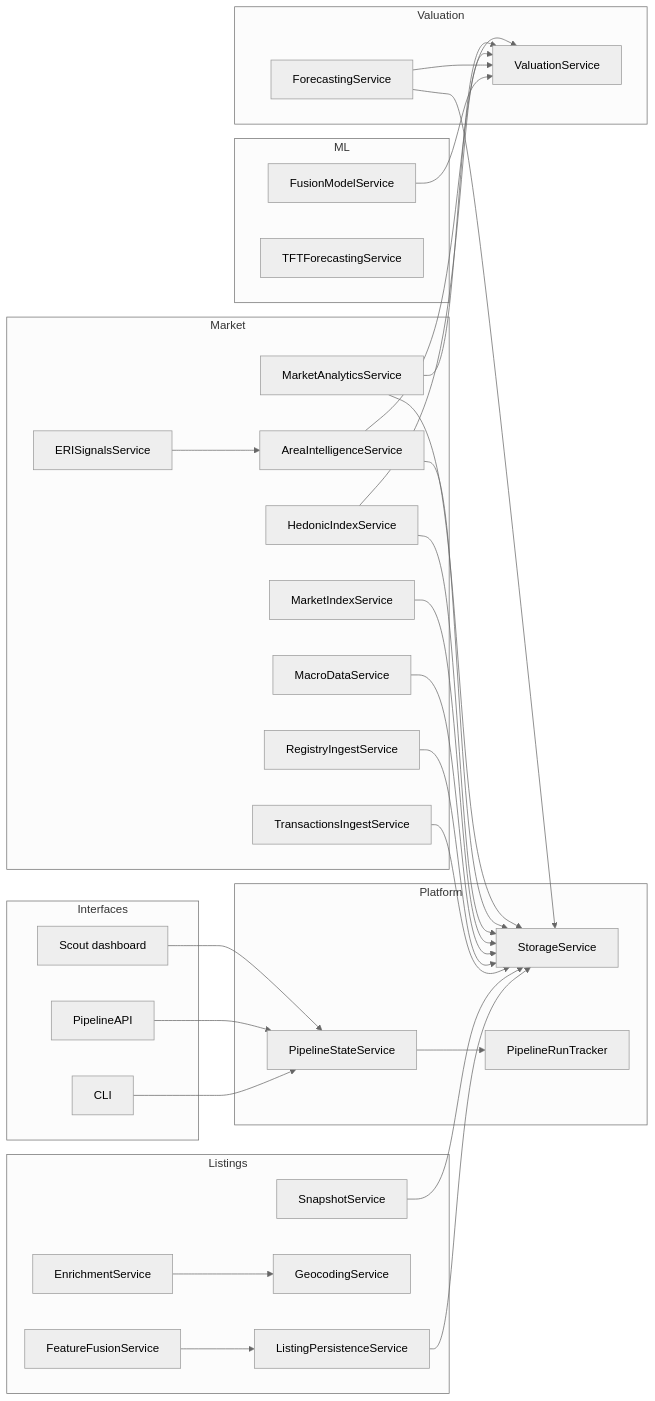
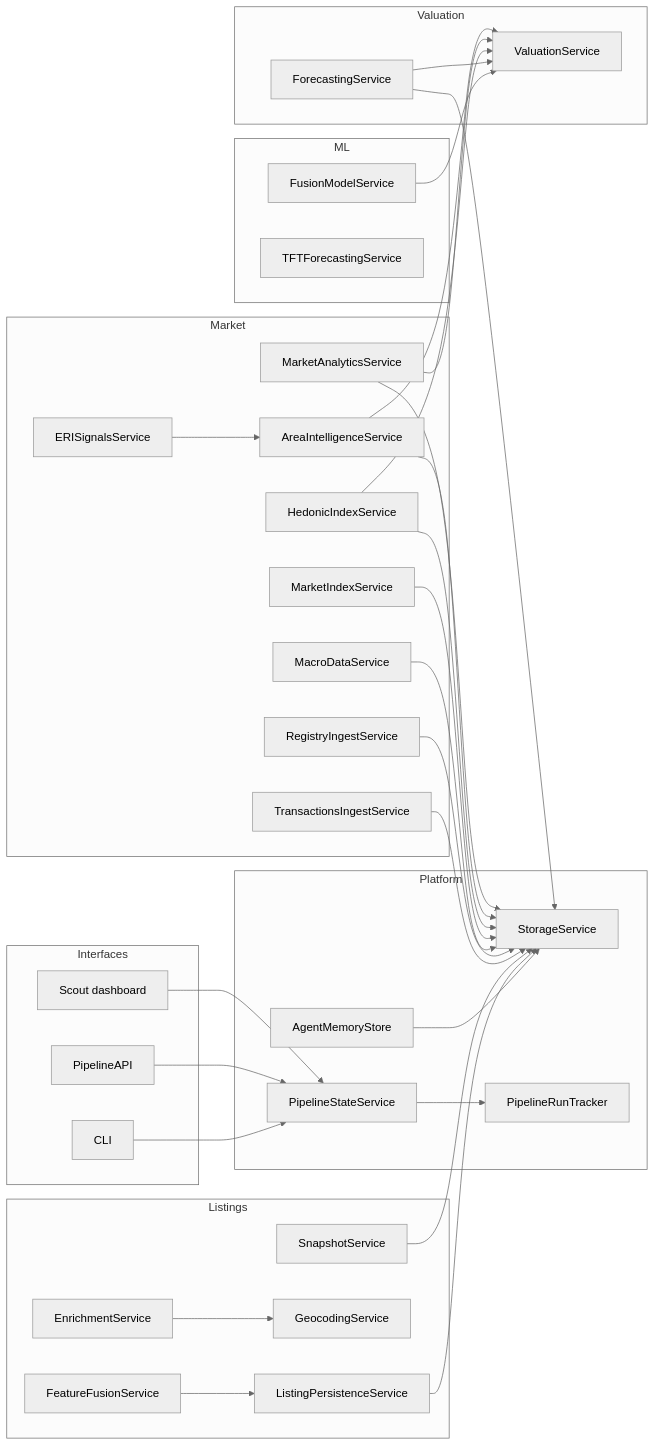
The first of 2 diagrams in docs/04_services_map.md (Nirtzur0/PropertyScanner), drawn with Mermaid (neutral theme) before and after one commit. The commit also changed other lines of this file and 32 other files, not shown here.

````diff
--- a/docs/04_services_map.md
+++ b/docs/04_services_map.md
@@ -10,69 +10,71 @@
 ```mermaid
 flowchart LR
     subgraph Interfaces
         CLI["CLI"]
         API["PipelineAPI"]
         Dash["Scout dashboard"]
     end
 
     subgraph Platform
         Storage["StorageService"]
         PipelineState["PipelineStateService"]
         Runs["PipelineRunTracker"]
+        AgentMemory["AgentMemoryStore"]
     end
 
     subgraph Listings
         Snap["SnapshotService"]
         Enrich["EnrichmentService"]
         Geo["GeocodingService"]
         Fusion["FeatureFusionService"]
         Persist["ListingPersistenceService"]
     end
 
     subgraph Market
         Txn["TransactionsIngestService"]
         Registry["RegistryIngestService"]
         Macro["MacroDataService"]
         Indices["MarketIndexService"]
         Hedonic["HedonicIndexService"]
         Area["AreaIntelligenceService"]
         Analytics["MarketAnalyticsService"]
         ERI["ERISignalsService"]
     end
 
     subgraph ML
         FusionModel["FusionModelService"]
         TFT["TFTForecastingService"]
     end
 
     subgraph Valuation
         Forecast["ForecastingService"]
         Val["ValuationService"]
     end
 
     CLI --> PipelineState
     API --> PipelineState
     Dash --> PipelineState
     PipelineState --> Runs
+    AgentMemory --> Storage
 
     Enrich --> Geo
     Fusion --> Persist --> Storage
     Snap --> Storage
 
     Txn --> Storage
     Registry --> Storage
     Macro --> Storage
     Indices --> Storage
     Hedonic --> Storage
     Area --> Storage
     ERI --> Area
 
     Analytics --> Storage
     Forecast --> Storage
 
     FusionModel --> Val
     Forecast --> Val
     Hedonic --> Val
     Analytics --> Val
     Area --> Val
 ```
````
